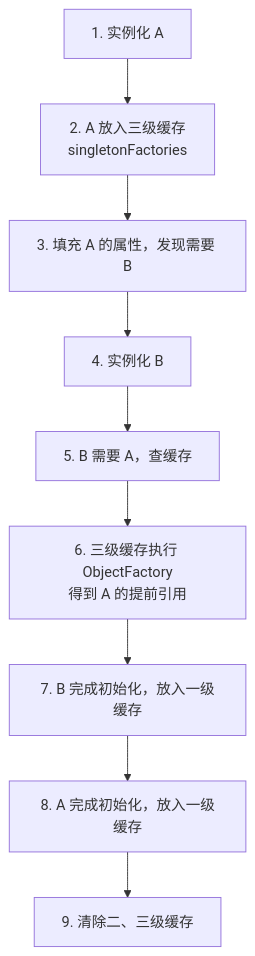
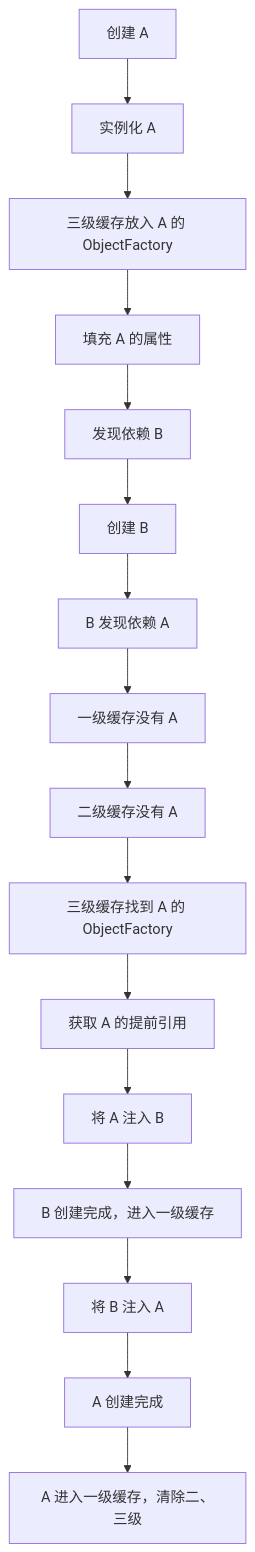
Before and after one commit to qingchi27/my-notes: the second of 4 diagrams in docs/ssm/spring/spring-bean.md, drawn with Mermaid. The commit also changed other lines of this file and 4 other files, not shown here.

````diff
--- a/docs/ssm/spring/spring-bean.md
+++ b/docs/ssm/spring/spring-bean.md
@@ -311,11 +311,18 @@
 ```mermaid
 flowchart TD
-    A1["1. 实例化 A"] --> A2["2. A 放入三级缓存<br/>singletonFactories"]
-    A2 --> A3["3. 填充 A 的属性，发现需要 B"]
-    A3 --> B1["4. 实例化 B"]
-    B1 --> B2["5. B 需要 A，查缓存"]
-    B2 --> B3["6. 三级缓存执行 ObjectFactory<br/>得到 A 的提前引用"]
-    B3 --> B4["7. B 完成初始化，放入一级缓存"]
-    B4 --> A4["8. A 完成初始化，放入一级缓存"]
-    A4 --> A5["9. 清除二、三级缓存"]
+    S1["创建 A"] --> S2["实例化 A"]
+    S2 --> S3["三级缓存放入 A 的 ObjectFactory"]
+    S3 --> S4["填充 A 的属性"]
+    S4 --> S5["发现依赖 B"]
+    S5 --> S6["创建 B"]
+    S6 --> S7["B 发现依赖 A"]
+    S7 --> S8["一级缓存没有 A"]
+    S8 --> S9["二级缓存没有 A"]
+    S9 --> S10["三级缓存找到 A 的 ObjectFactory"]
+    S10 --> S11["获取 A 的提前引用"]
+    S11 --> S12["将 A 注入 B"]
+    S12 --> S13["B 创建完成，进入一级缓存"]
+    S13 --> S14["将 B 注入 A"]
+    S14 --> S15["A 创建完成"]
+    S15 --> S16["A 进入一级缓存，清除二、三级"]
 ```
````
